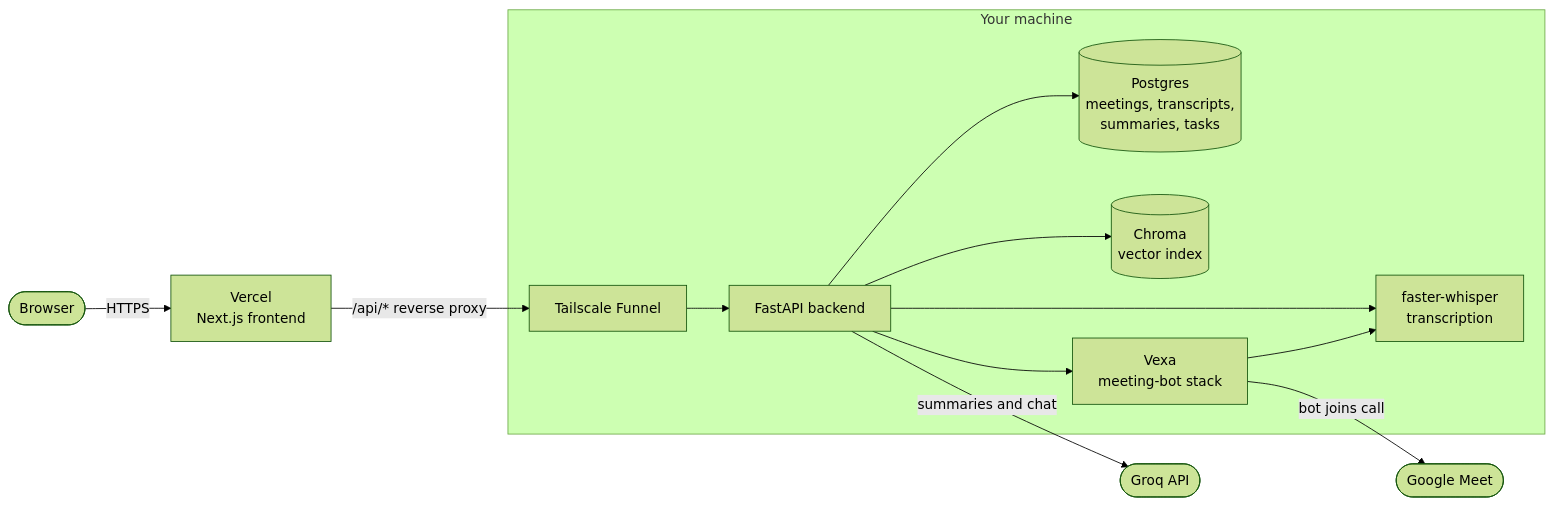
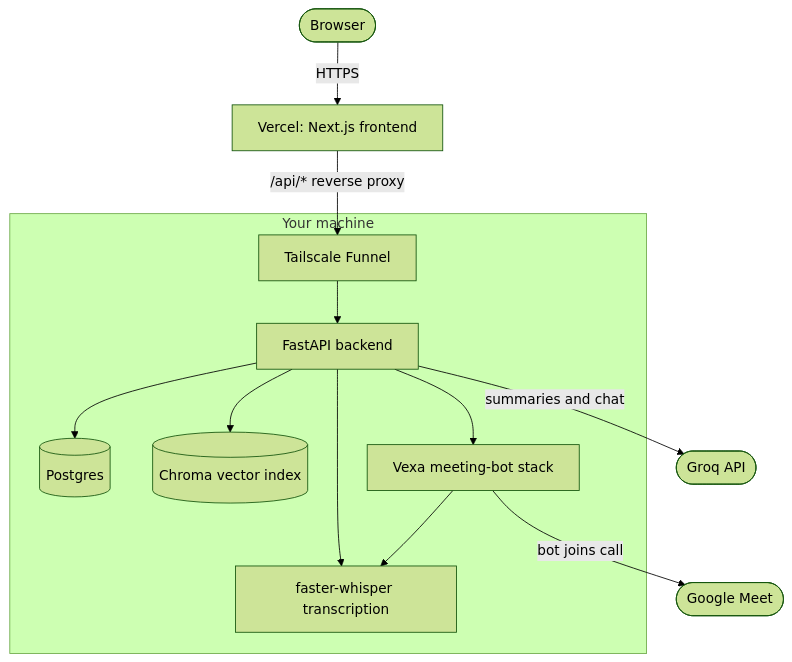
One commit to Nishtha027/fireflies-meeting-bot changed the first of 2 diagrams in README.md. Above: the diagram before and after it, drawn with Mermaid (forest theme).

Commit message:
docs(readme): lay out the architecture diagram top-down so it is readable
The left-to-right layout rendered as a very wide strip with tiny labels on
GitHub; top-down fills the page width.

````diff
--- a/README.md
+++ b/README.md
@@ -44,17 +44,17 @@
 ```mermaid
-flowchart LR
-    U([Browser]) -->|HTTPS| V["Vercel<br/>Next.js frontend"]
+flowchart TD
+    U([Browser]) -->|HTTPS| V["Vercel: Next.js frontend"]
     V -->|"/api/* reverse proxy"| F[Tailscale Funnel]
 
     subgraph H["Your machine"]
         F --> A["FastAPI backend"]
-        A --> P[("Postgres<br/>meetings, transcripts,<br/>summaries, tasks")]
-        A --> C[("Chroma<br/>vector index")]
-        A --> X["Vexa<br/>meeting-bot stack"]
-        A --> T["faster-whisper<br/>transcription"]
+        A --> P[("Postgres")]
+        A --> C[("Chroma vector index")]
+        A --> X["Vexa meeting-bot stack"]
+        A --> T["faster-whisper transcription"]
         X --> T
     end
 
     X -->|bot joins call| M([Google Meet])
     A -->|summaries and chat| G([Groq API])
 ```
````
